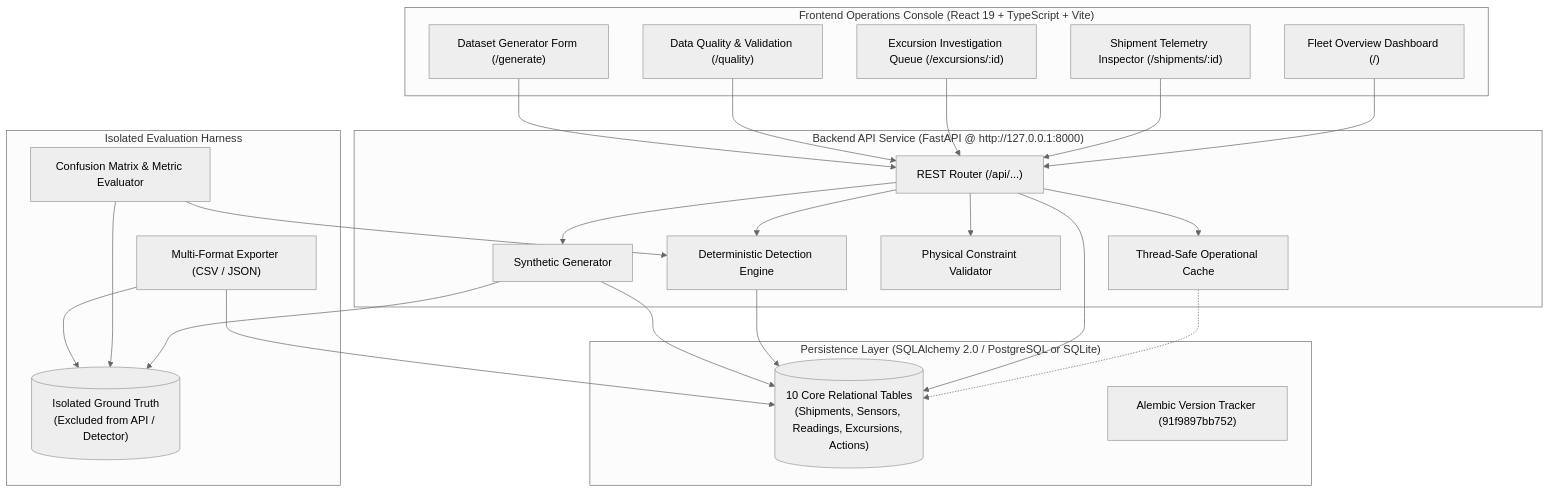
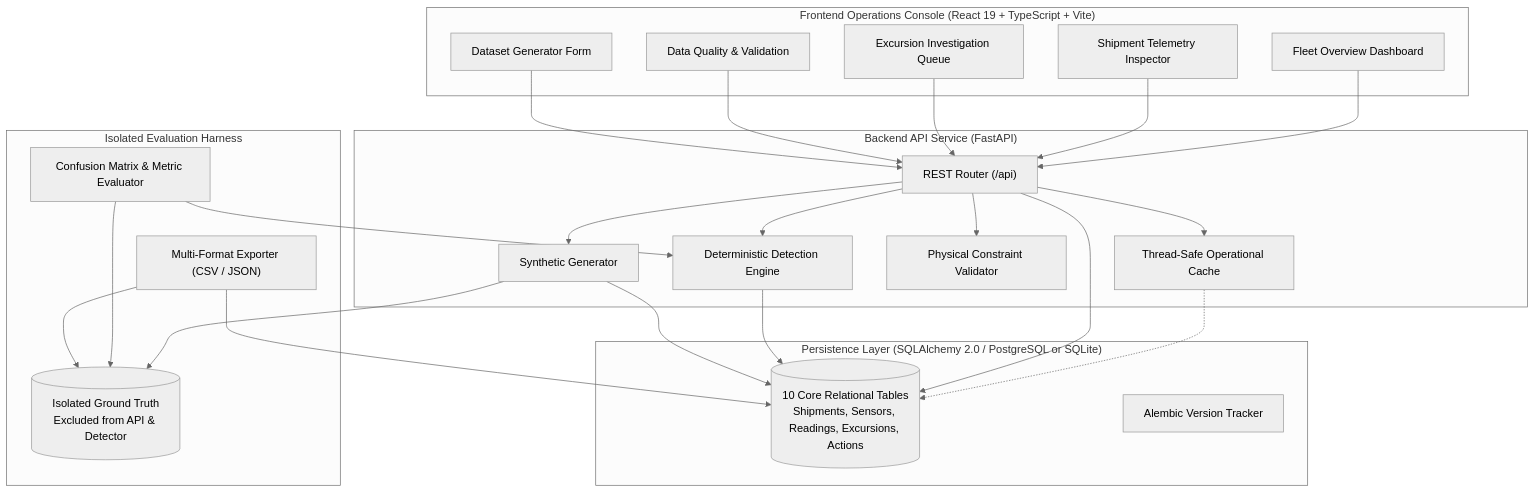
Before and after one commit to Shrish2003/YottaFlex: the diagram in README.md, drawn with Mermaid (neutral theme).

Commit message:
docs: fix Mermaid architecture diagram syntax for GitHub renderer

````diff
--- a/README.md
+++ b/README.md
@@ -115,53 +115,51 @@
 ```mermaid
 flowchart TD
     subgraph UI ["Frontend Operations Console (React 19 + TypeScript + Vite)"]
-        Overview["Fleet Overview Dashboard (/)"]
-        ShipmentView["Shipment Telemetry Inspector (/shipments/:id)"]
-        ExcursionView["Excursion Investigation Queue (/excursions/:id)"]
-        QualityView["Data Quality & Validation (/quality)"]
-        GenerateView["Dataset Generator Form (/generate)"]
+        Overview["Fleet Overview Dashboard"]
+        ShipmentView["Shipment Telemetry Inspector"]
+        ExcursionView["Excursion Investigation Queue"]
+        QualityView["Data Quality & Validation"]
+        GenerateView["Dataset Generator Form"]
     end
 
-    subgraph API ["Backend API Service (FastAPI @ http://127.0.0.1:8000)"]
-        Router["REST Router (/api/...)"]
+    subgraph API ["Backend API Service (FastAPI)"]
+        Router["REST Router (/api)"]
         CacheLayer["Thread-Safe Operational Cache"]
         DetectorEngine["Deterministic Detection Engine"]
         ValidatorEngine["Physical Constraint Validator"]
         GeneratorEngine["Synthetic Generator"]
     end
 
     subgraph DB ["Persistence Layer (SQLAlchemy 2.0 / PostgreSQL or SQLite)"]
-        OperationalTables[("10 Core Relational Tables
-(Shipments, Sensors, Readings, Excursions, Actions)")]
-        Alembic["Alembic Version Tracker (91f9897bb752)"]
+        OperationalTables[("10 Core Relational Tables<br/>Shipments, Sensors, Readings, Excursions, Actions")]
+        Alembic["Alembic Version Tracker"]
     end
 
     subgraph Eval ["Isolated Evaluation Harness"]
-        GroundTruth[("Isolated Ground Truth
-(Excluded from API / Detector)")]
+        GroundTruth[("Isolated Ground Truth<br/>Excluded from API & Detector")]
         Evaluator["Confusion Matrix & Metric Evaluator"]
         Exports["Multi-Format Exporter (CSV / JSON)"]
     end
 
     Overview --> Router
     ShipmentView --> Router
     ExcursionView --> Router
     QualityView --> Router
     GenerateView --> Router
 
     Router --> CacheLayer
     CacheLayer -.-> OperationalTables
     Router --> DetectorEngine
     Router --> ValidatorEngine
     Router --> GeneratorEngine
     Router --> OperationalTables
 
     DetectorEngine --> OperationalTables
     GeneratorEngine --> OperationalTables
     GeneratorEngine --> GroundTruth
 
     Evaluator --> DetectorEngine
     Evaluator --> GroundTruth
     Exports --> OperationalTables
     Exports --> GroundTruth
 ```
````
